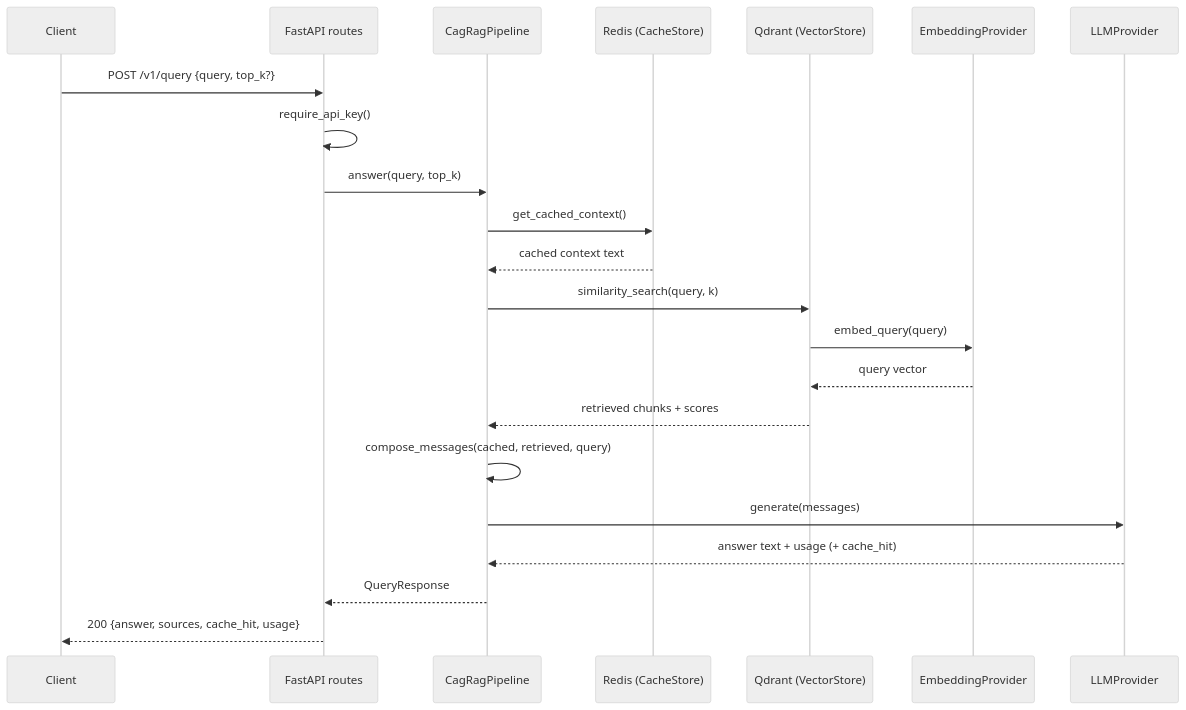
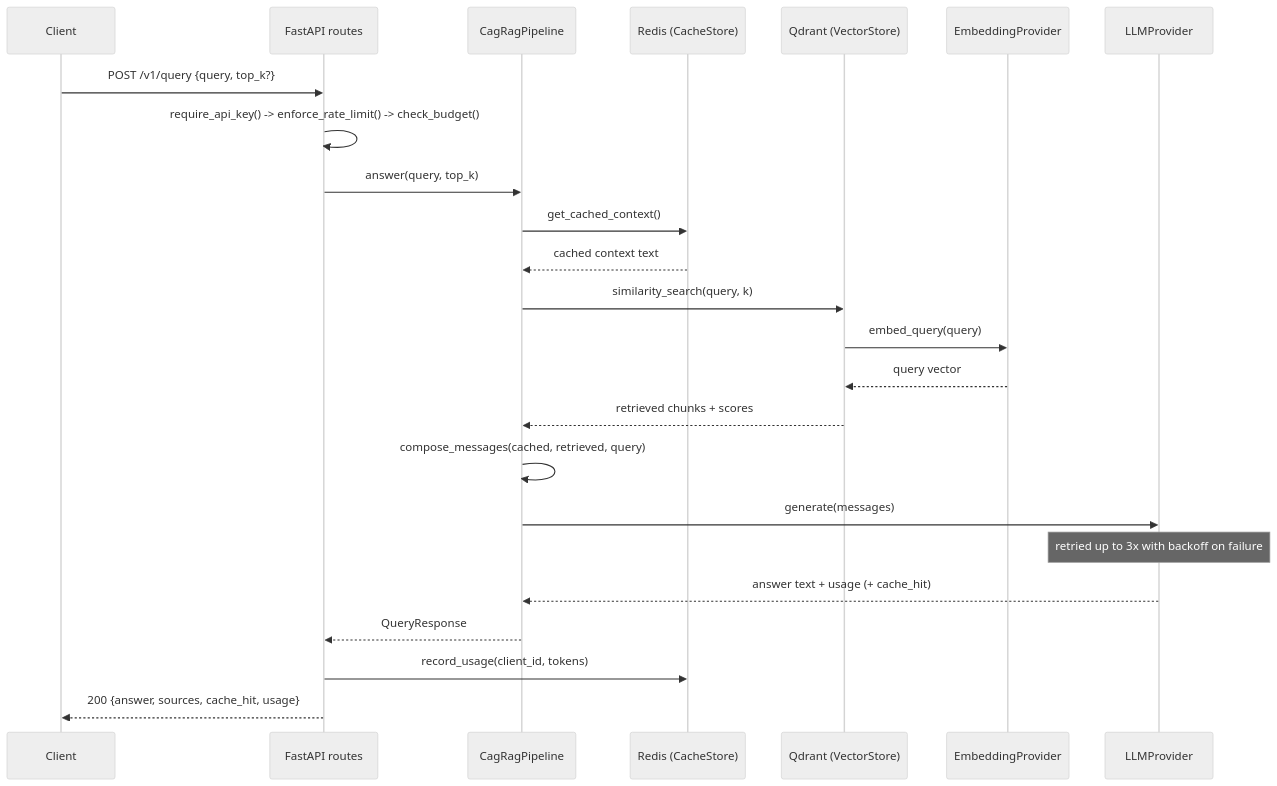
One commit to dKKpandey/CAG-RAG changed the third of 6 diagrams in docs/architecture-design.md. Above: the diagram before and after it, drawn with Mermaid (neutral theme). The commit also changed other lines of this file and 41 other files, not shown here.

````diff
--- a/docs/architecture-design.md
+++ b/docs/architecture-design.md
@@ -162,25 +175,27 @@
 ```mermaid
 sequenceDiagram
     participant C as Client
     participant A as FastAPI routes
     participant P as CagRagPipeline
     participant R as Redis (CacheStore)
     participant Q as Qdrant (VectorStore)
     participant E as EmbeddingProvider
     participant L as LLMProvider
 
     C->>A: POST /v1/query {query, top_k?}
-    A->>A: require_api_key()
+    A->>A: require_api_key() -> enforce_rate_limit() -> check_budget()
     A->>P: answer(query, top_k)
     P->>R: get_cached_context()
     R-->>P: cached context text
     P->>Q: similarity_search(query, k)
     Q->>E: embed_query(query)
     E-->>Q: query vector
     Q-->>P: retrieved chunks + scores
     P->>P: compose_messages(cached, retrieved, query)
     P->>L: generate(messages)
+    Note over L: retried up to 3x with backoff on failure
     L-->>P: answer text + usage (+ cache_hit)
     P-->>A: QueryResponse
+    A->>R: record_usage(client_id, tokens)
     A-->>C: 200 {answer, sources, cache_hit, usage}
 ```
````
